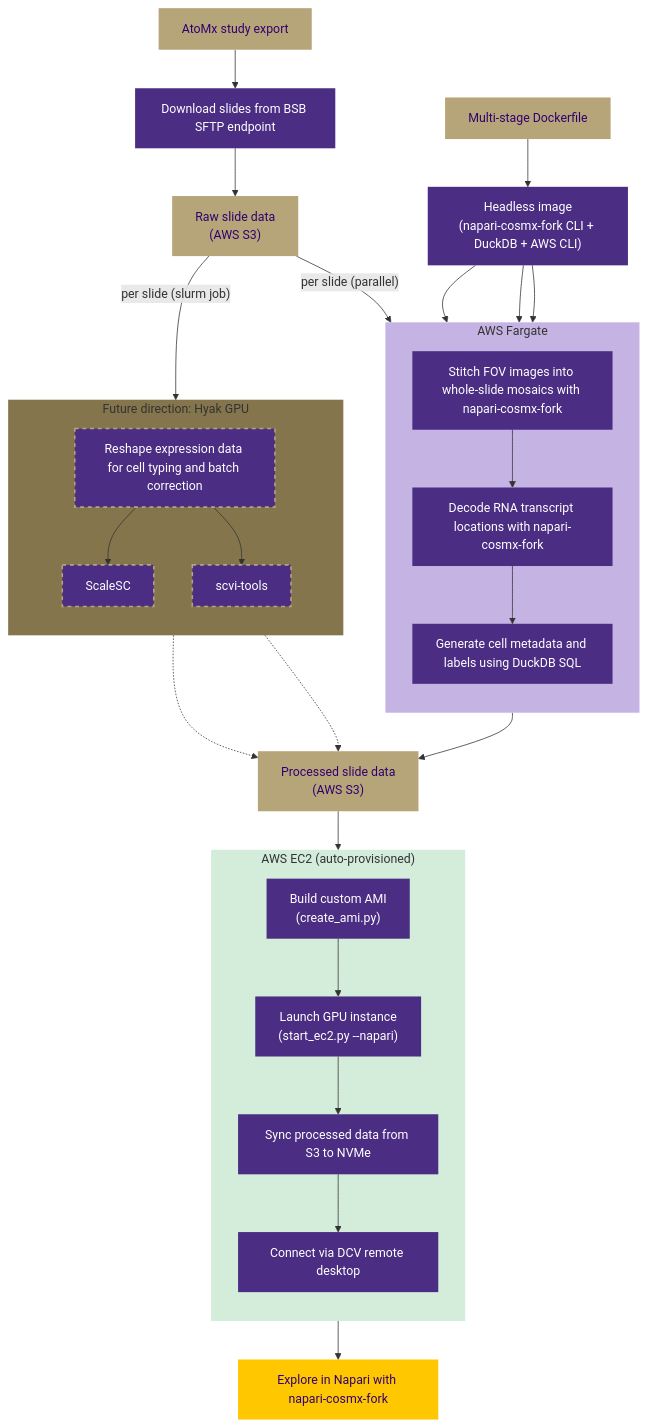
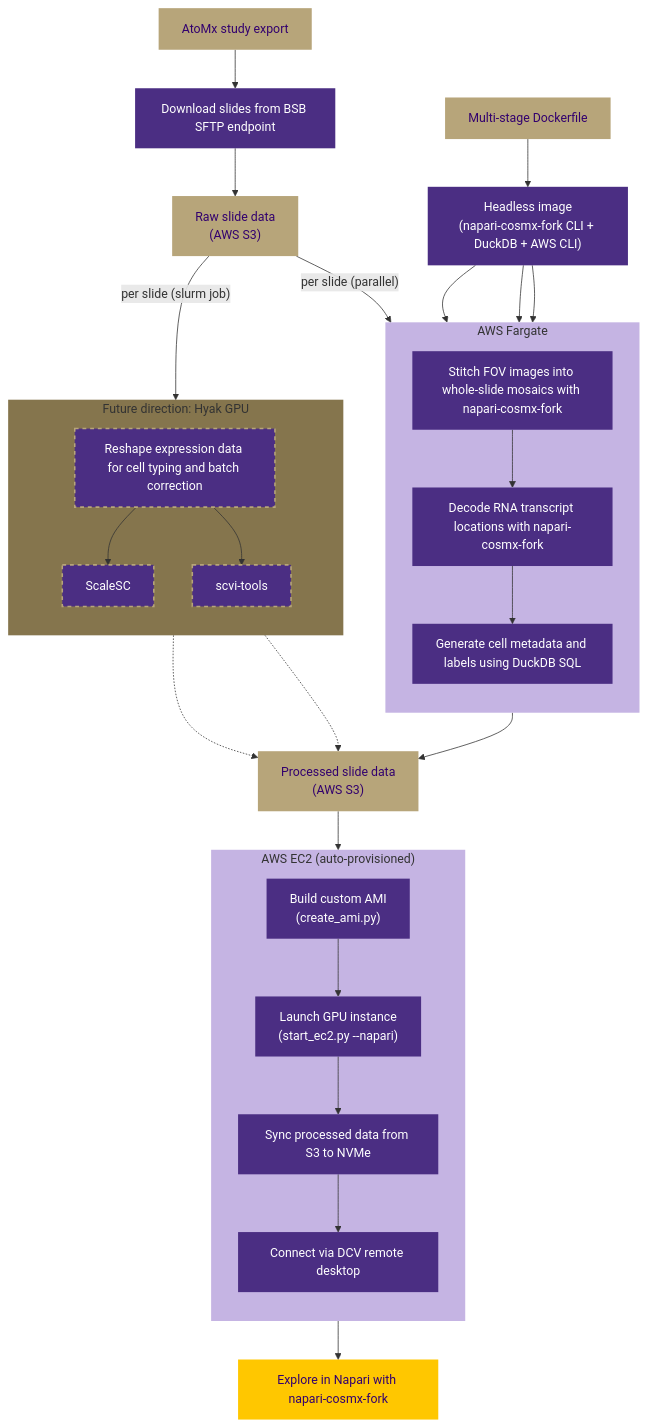
One commit to keene-lab/cosmx-utilities changed the diagram in README.md. Above: the diagram before and after it, drawn with Mermaid. The commit also changed 2 other files, not shown here.

Commit message:
Add InSituType R dependencies and update gitignore/README
Install system libraries (gfortran, libgmp, libarmadillo, etc.), CRAN
packages, and Bioconductor dependencies needed by InSituType before
the GitHub install.

````diff
--- a/README.md
+++ b/README.md
@@ -11,61 +11,61 @@
 ```mermaid
 flowchart TD
     classDef action fill:#4b2e83,stroke:none,color:#ffffff
     classDef data fill:#b7a57a,stroke:none,color:#32006e
     classDef viewer fill:#ffc700,stroke:none,color:#32006e
     classDef futureAction fill:#4b2e83,stroke:#b7a57a,stroke-width:2px,stroke-dasharray: 5 5,color:#ffffff
 
     style fargate fill:#c5b4e3,stroke:none
-    style ec2 fill:#d4edda,stroke:none
+    style ec2 fill:#c5b4e3,stroke:none
     style hyak fill:#85754d,stroke:none
 
     atomx["AtoMx study export"]:::data
     sftp["Download slides from BSB SFTP endpoint"]:::action
     s3raw["Raw slide data<br>(AWS S3)"]:::data
     s3out["Processed slide data<br>(AWS S3)"]:::data
     napari["Explore in Napari with napari-cosmx-fork"]:::viewer
 
     dockerfile["Multi-stage Dockerfile"]:::data
     headless["Headless image<br>(napari-cosmx-fork CLI + DuckDB + AWS CLI)"]:::action
 
     dockerfile --> headless
     headless --> stitch
     headless --> targets
     headless --> meta
 
     subgraph fargate["AWS Fargate"]
         direction TB
         stitch["Stitch FOV images into whole-slide mosaics with napari-cosmx-fork"]:::action
         targets["Decode RNA transcript locations with napari-cosmx-fork"]:::action
         meta["Generate cell metadata and labels using DuckDB SQL"]:::action
         stitch --> targets --> meta
     end
 
     subgraph ec2["AWS EC2 (auto-provisioned)"]
         direction TB
         ami["Build custom AMI<br>(create_ami.py)"]:::action
         launch["Launch GPU instance<br>(start_ec2.py --napari)"]:::action
         sync["Sync processed data from S3 to NVMe"]:::action
         dcv["Connect via DCV remote desktop"]:::action
         ami --> launch --> sync --> dcv
     end
 
     subgraph hyak["Future direction: Hyak GPU"]
         direction TB
         etl["Reshape expression data for cell typing and batch correction"]:::futureAction
         scalesc["ScaleSC"]:::futureAction
         scvi["scvi-tools"]:::futureAction
         etl --> scalesc
         etl --> scvi
     end
 
     atomx --> sftp
     sftp --> s3raw
     s3raw -- per slide (parallel) --> stitch
     meta --> s3out
     s3raw -- per slide (slurm job) --> etl
     scalesc -.-> s3out
     scvi -.-> s3out
     s3out --> launch
     dcv --> napari
 ```
````
